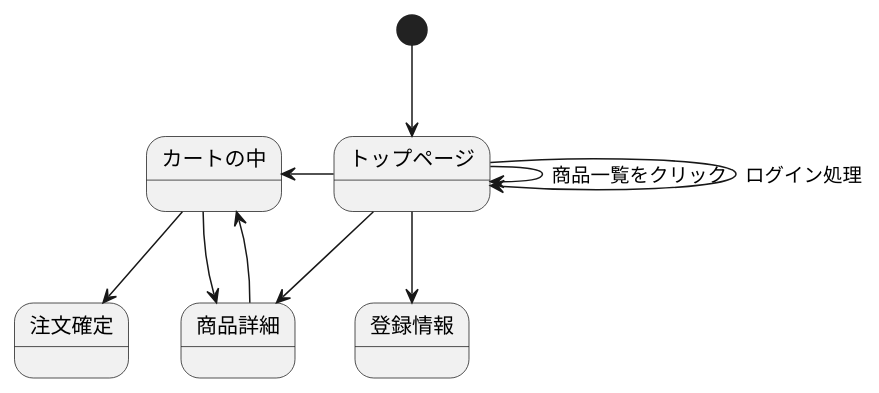
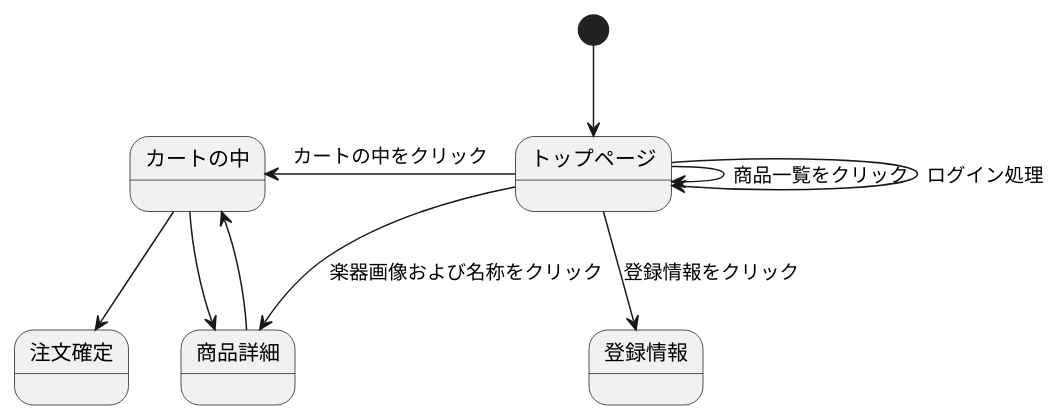
Before and after one commit to Aso2001374/2021sys-design: the second of 3 diagrams in stm01.md, drawn with PlantUML.

````diff
--- a/stm01.md
+++ b/stm01.md
@@ -15,14 +15,14 @@
 ```uml
 @startuml
 [*] --> トップページ
 トップページ--> トップページ : 商品一覧をクリック
 トップページ--> トップページ : ログイン処理
-トップページ-left-> カートの中
-トップページ--> 登録情報
-トップページ--> 商品詳細
+トップページ-left-> カートの中 : カートの中をクリック
+トップページ--> 登録情報 : 登録情報をクリック
+トップページ--> 商品詳細 : 楽器画像および名称をクリック
 
 商品詳細--> カートの中
 カートの中 --> 商品詳細
 カートの中-->注文確定
 @enduml
 ```
````
